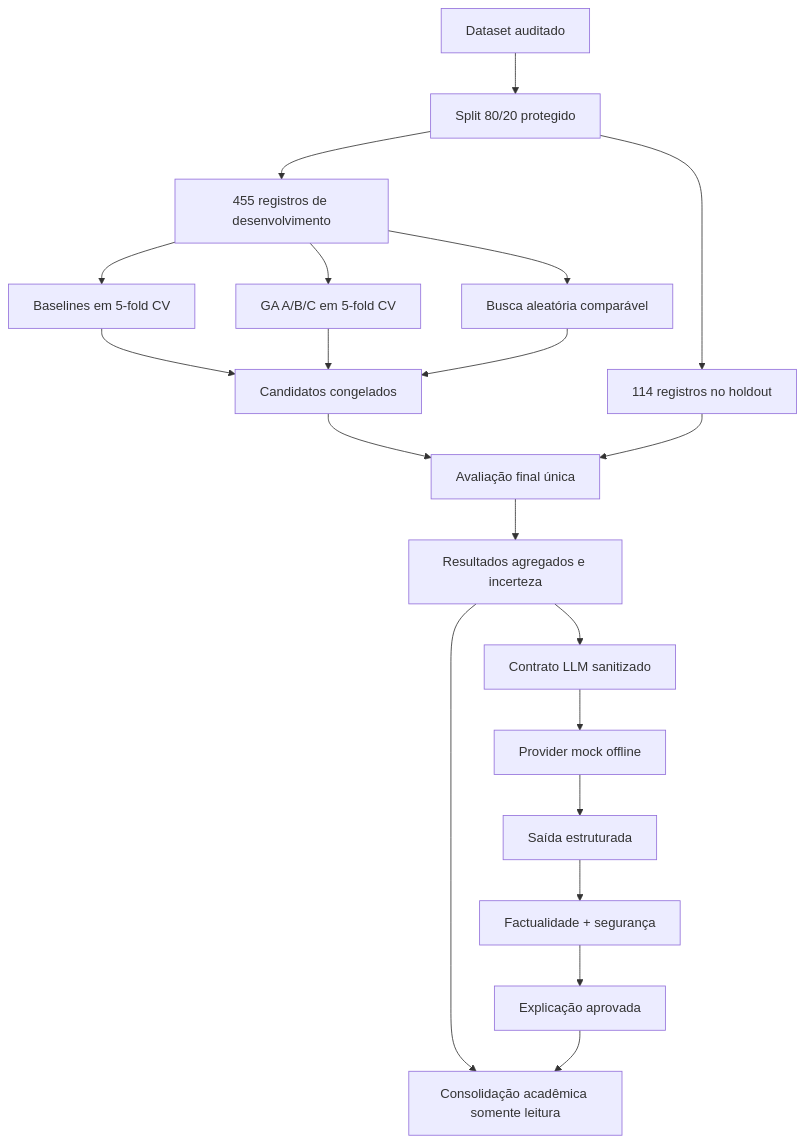
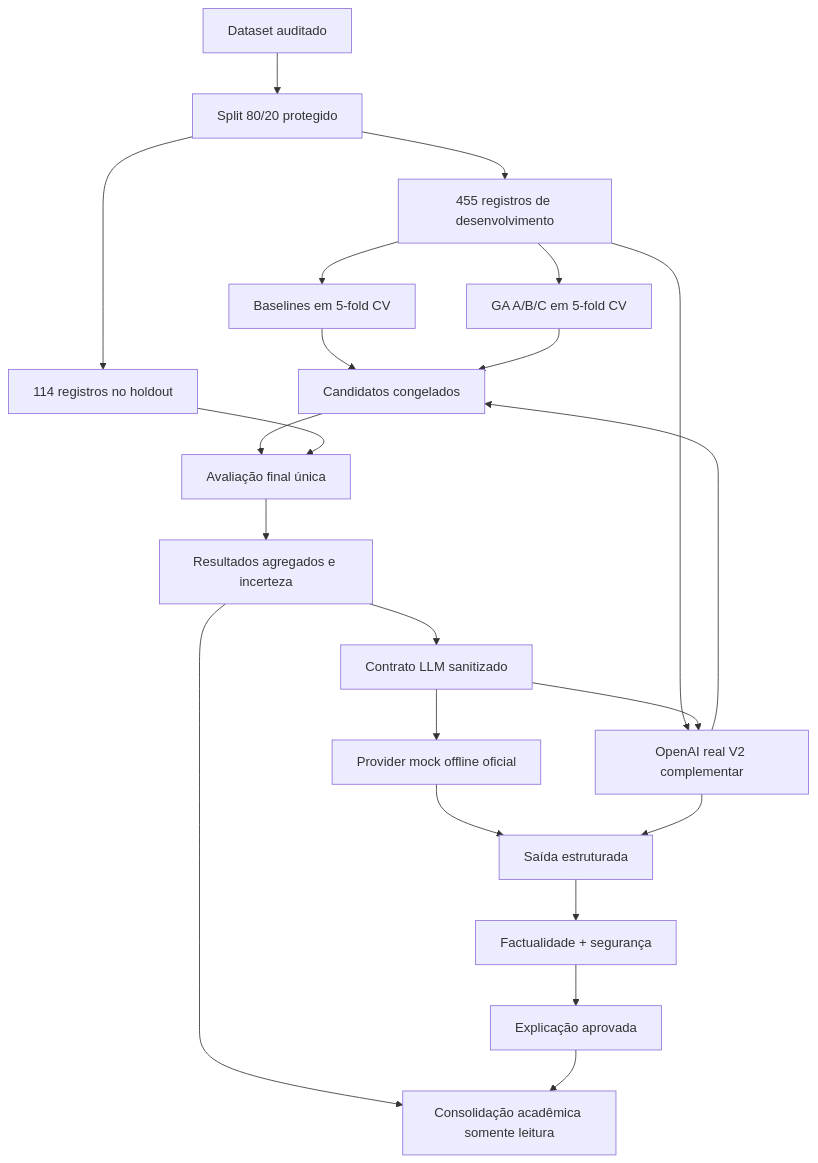
The diagram in docs/matriz_rastreabilidade_final.md (rafaelbarrosleite/fiap-techchallenge-fase2-ga-llm), drawn with Mermaid before and after one commit. The commit also changed other lines of this file and 21 other files, not shown here.

````diff
--- a/docs/matriz_rastreabilidade_final.md
+++ b/docs/matriz_rastreabilidade_final.md
@@ -39,22 +40,24 @@
 ```mermaid
 flowchart TD
     D[Dataset auditado] --> S[Split 80/20 protegido]
     S --> DEV[455 registros de desenvolvimento]
     S --> H[114 registros no holdout]
     DEV --> B[Baselines em 5-fold CV]
     DEV --> G[GA A/B/C em 5-fold CV]
     DEV --> R[Busca aleatória comparável]
     B --> F[Candidatos congelados]
     G --> F
     R --> F
     F --> E[Avaliação final única]
     H --> E
     E --> A[Resultados agregados e incerteza]
     A --> P[Contrato LLM sanitizado]
-    P --> L[Provider mock offline]
+    P --> L[Provider mock offline oficial]
+    P --> R[OpenAI real V2 complementar]
     L --> O[Saída estruturada]
+    R --> O
     O --> C[Factualidade + segurança]
     C --> X[Explicação aprovada]
     A --> M[Consolidação acadêmica somente leitura]
     X --> M
 ```
````
